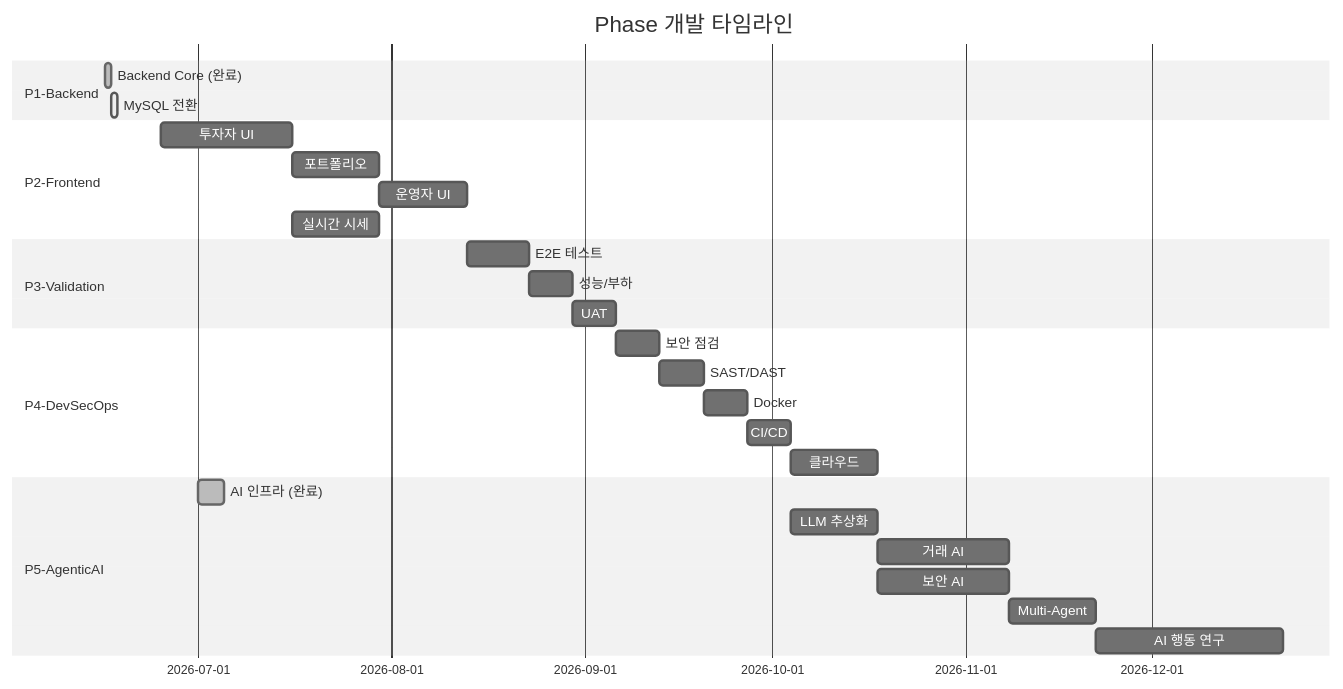
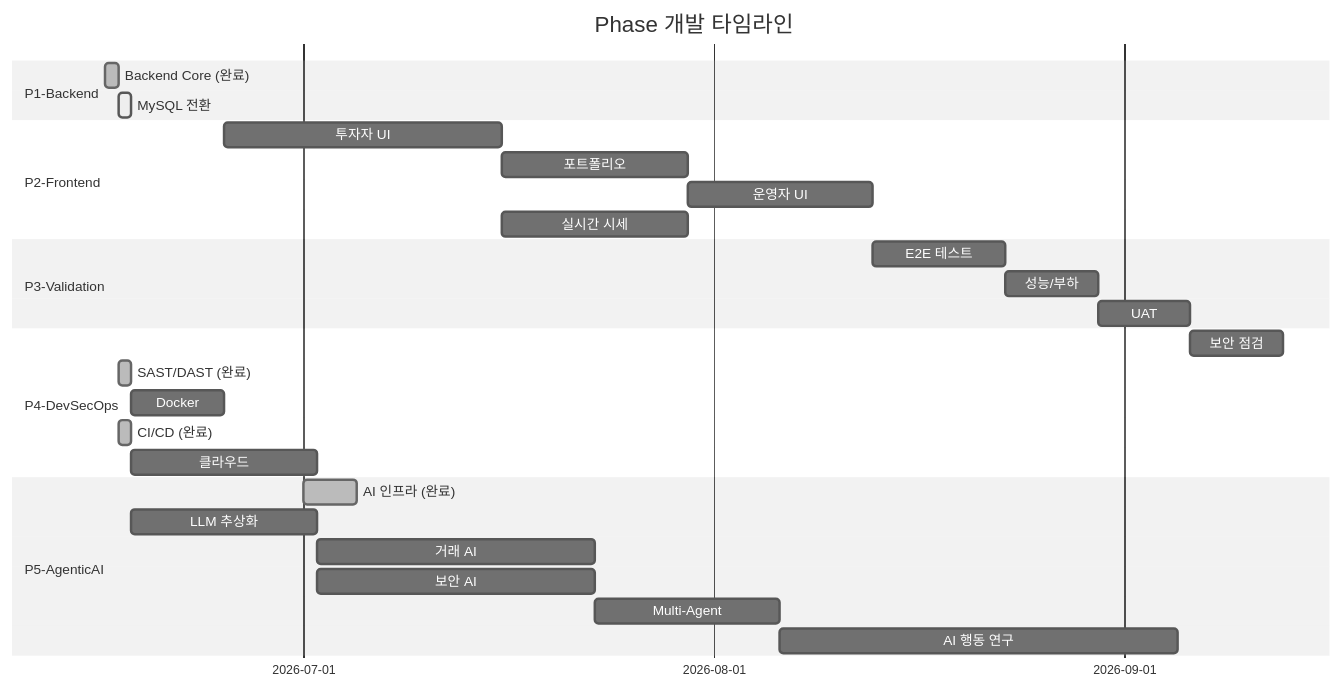
Before and after one commit to phantomITer/devsecops-trading-platform-lab-with-agentic-ai: the second of 2 diagrams in README.md, drawn with Mermaid (neutral theme). The commit also changed other lines of this file and 7 other files, not shown here.

````diff
--- a/README.md
+++ b/README.md
@@ -211,36 +212,36 @@
 ```mermaid
 gantt
     title Phase 개발 타임라인
     dateFormat YYYY-MM-DD
     tickInterval 1month
 
     section P1-Backend
     Backend Core (완료)    :done,   p1-1, 2026-06-16, 2026-06-17
     MySQL 전환             :active, p1-2, 2026-06-17, 2026-06-18
 
     section P2-Frontend
-    투자자 UI              :        p2-1, 2026-06-25, 21d
-    포트폴리오             :        p2-2, after p2-1, 14d
-    운영자 UI              :        p2-3, after p2-2, 14d
-    실시간 시세            :        p2-4, after p2-1, 14d
+    투자자 UI              : p2-1, 2026-06-25, 21d
+    포트폴리오             : p2-2, after p2-1, 14d
+    운영자 UI              : p2-3, after p2-2, 14d
+    실시간 시세            : p2-4, after p2-1, 14d
 
     section P3-Validation
-    E2E 테스트             :        p3-1, after p2-3, 10d
-    성능/부하              :        p3-2, after p3-1, 7d
-    UAT                    :        p3-3, after p3-2, 7d
+    E2E 테스트             : p3-1, after p2-3, 10d
+    성능/부하              : p3-2, after p3-1, 7d
+    UAT                    : p3-3, after p3-2, 7d
 
     section P4-DevSecOps
-    보안 점검              :        p4-1, after p3-3, 7d
-    SAST/DAST             :        p4-2, after p4-1, 7d
-    Docker                 :        p4-3, after p4-2, 7d
-    CI/CD                  :        p4-4, after p4-3, 7d
-    클라우드               :        p4-5, after p4-4, 14d
+    보안 점검              : p4-1, after p3-3, 7d
+    SAST/DAST (완료)       :done,   p4-2, 2026-06-17, 2026-06-18
+    Docker                 : p4-3, after p4-2, 7d
+    CI/CD (완료)           :done,   p4-4, 2026-06-17, 2026-06-18
+    클라우드               : p4-5, after p4-4, 14d
 
     section P5-AgenticAI
     AI 인프라 (완료)       :done,   p5-1, 2026-07-01, 2026-07-05
-    LLM 추상화             :        p5-2, after p4-4, 14d
-    거래 AI                :        p5-3, after p5-2, 21d
-    보안 AI                :        p5-4, after p5-2, 21d
-    Multi-Agent            :        p5-5, after p5-3, 14d
-    AI 행동 연구           :        p5-6, after p5-5, 30d
+    LLM 추상화             : p5-2, after p4-4, 14d
+    거래 AI                : p5-3, after p5-2, 21d
+    보안 AI                : p5-4, after p5-2, 21d
+    Multi-Agent            : p5-5, after p5-3, 14d
+    AI 행동 연구           : p5-6, after p5-5, 30d
 ```
````
